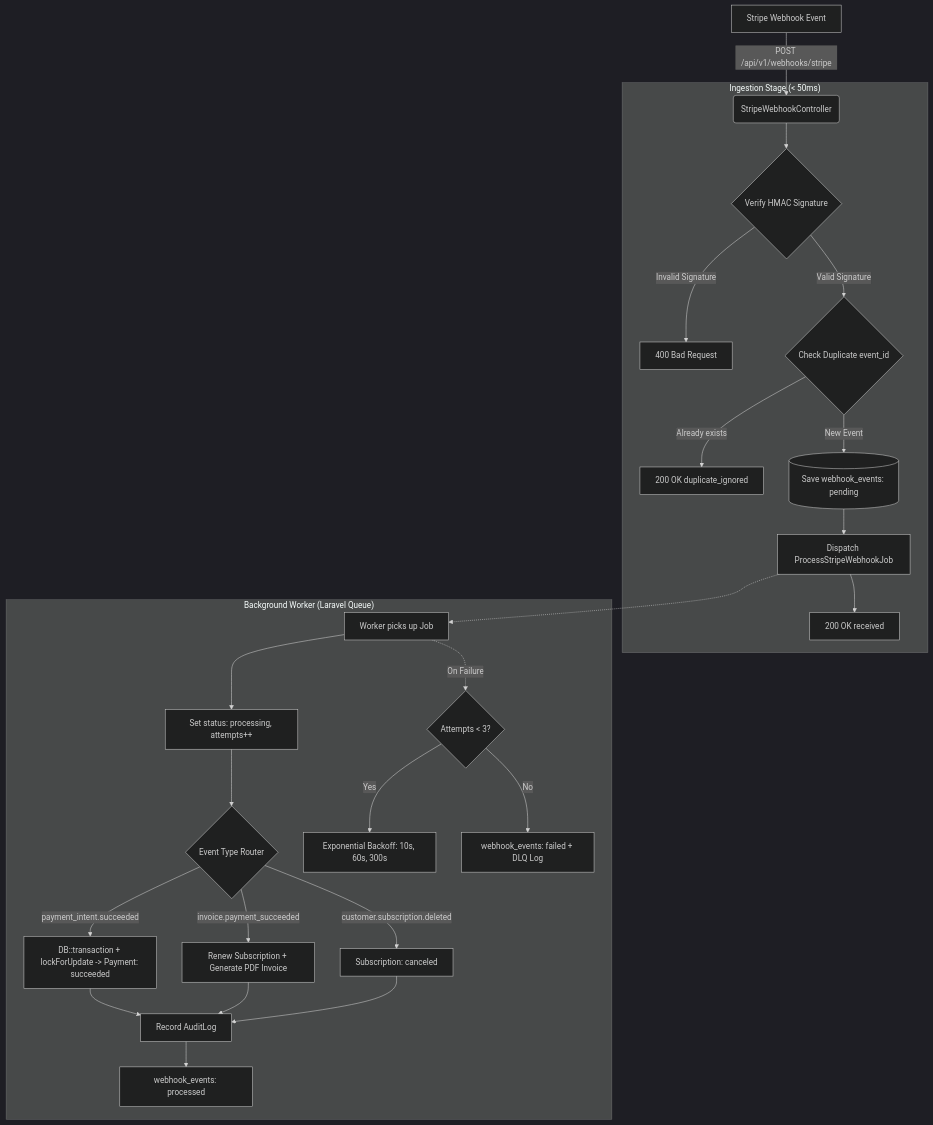
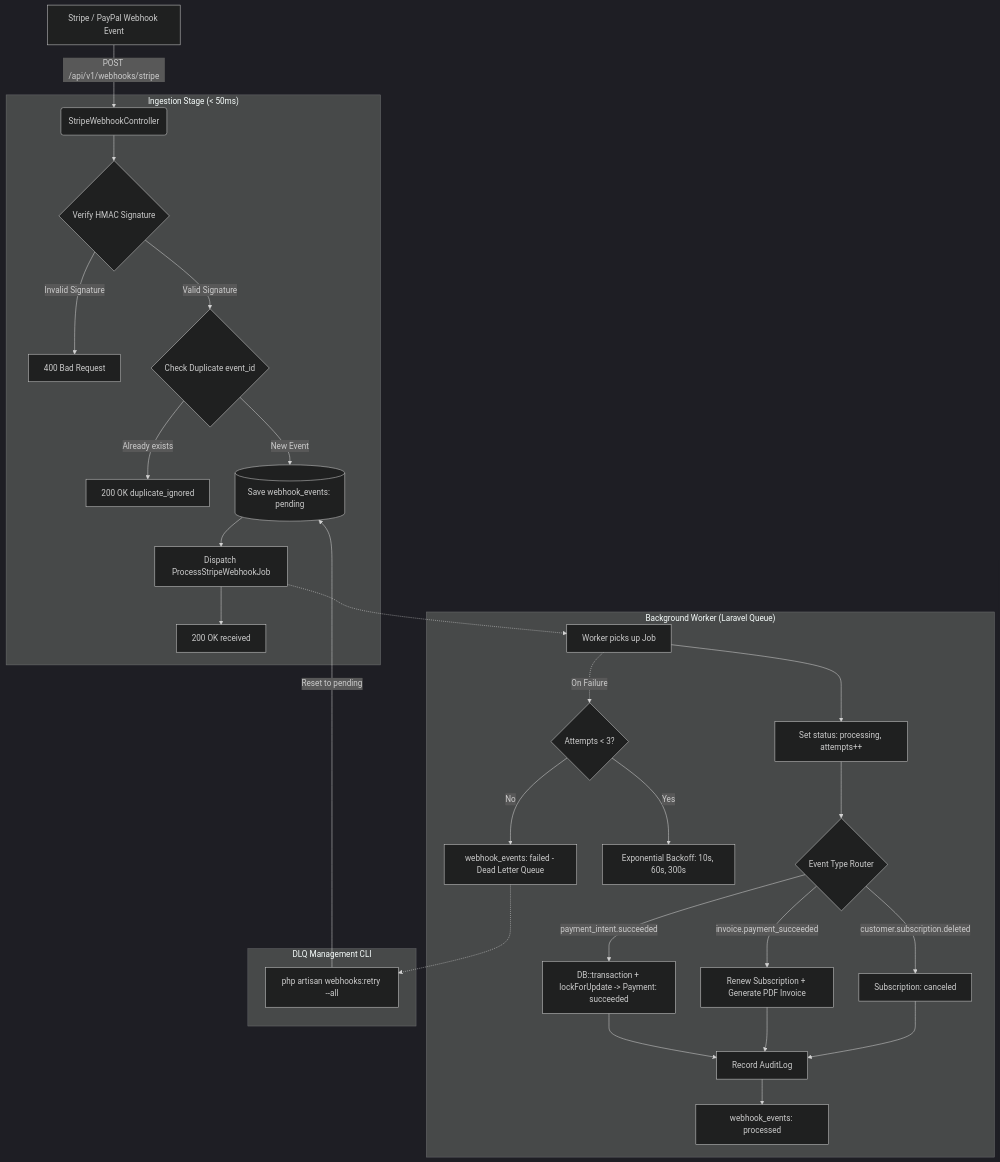
One commit to KasD17/payment-resilient-engine changed the second of 2 diagrams in README.md. Above: the diagram before and after it, drawn with Mermaid (dark theme). The commit also changed other lines of this file and 9 other files, not shown here.

Commit message:
feat: add CI/CD pipeline, PayPal gateway, DLQ artisan command, seeders and postman collection

````diff
--- a/README.md
+++ b/README.md
@@ -73,32 +76,37 @@
 ```mermaid
 flowchart TD
-    A[Stripe Webhook Event] -->|POST /api/v1/webhooks/stripe| B(StripeWebhookController)
+    A[Stripe / PayPal Webhook Event] -->|POST /api/v1/webhooks/stripe| B(StripeWebhookController)
     
     subgraph Ingestion ["Ingestion Stage (< 50ms)"]
         B --> C{Verify HMAC Signature}
         C -->|Invalid Signature| D[400 Bad Request]
         C -->|Valid Signature| E{Check Duplicate event_id}
         E -->|Already exists| F[200 OK duplicate_ignored]
         E -->|New Event| G[(Save webhook_events: pending)]
         G --> H[Dispatch ProcessStripeWebhookJob]
         H --> I[200 OK received]
     end
 
     subgraph AsyncWorker ["Background Worker (Laravel Queue)"]
         H -.-> J[Worker picks up Job]
         J --> K[Set status: processing, attempts++]
         K --> L{Event Type Router}
         L -->|payment_intent.succeeded| M[DB::transaction + lockForUpdate -> Payment: succeeded]
         L -->|invoice.payment_succeeded| N[Renew Subscription + Generate PDF Invoice]
         L -->|customer.subscription.deleted| O[Subscription: canceled]
         
         M --> P[Record AuditLog]
         N --> P
         O --> P
         P --> Q[webhook_events: processed]
         
         J -.->|On Failure| R{Attempts < 3?}
         R -->|Yes| S[Exponential Backoff: 10s, 60s, 300s]
-        R -->|No| T[webhook_events: failed + DLQ Log]
+        R -->|No| T[webhook_events: failed - Dead Letter Queue]
+    end
+
+    subgraph Operator ["DLQ Management CLI"]
+        T -.-> U["php artisan webhooks:retry --all"]
+        U -->|Reset to pending| G
     end
 ```
````
